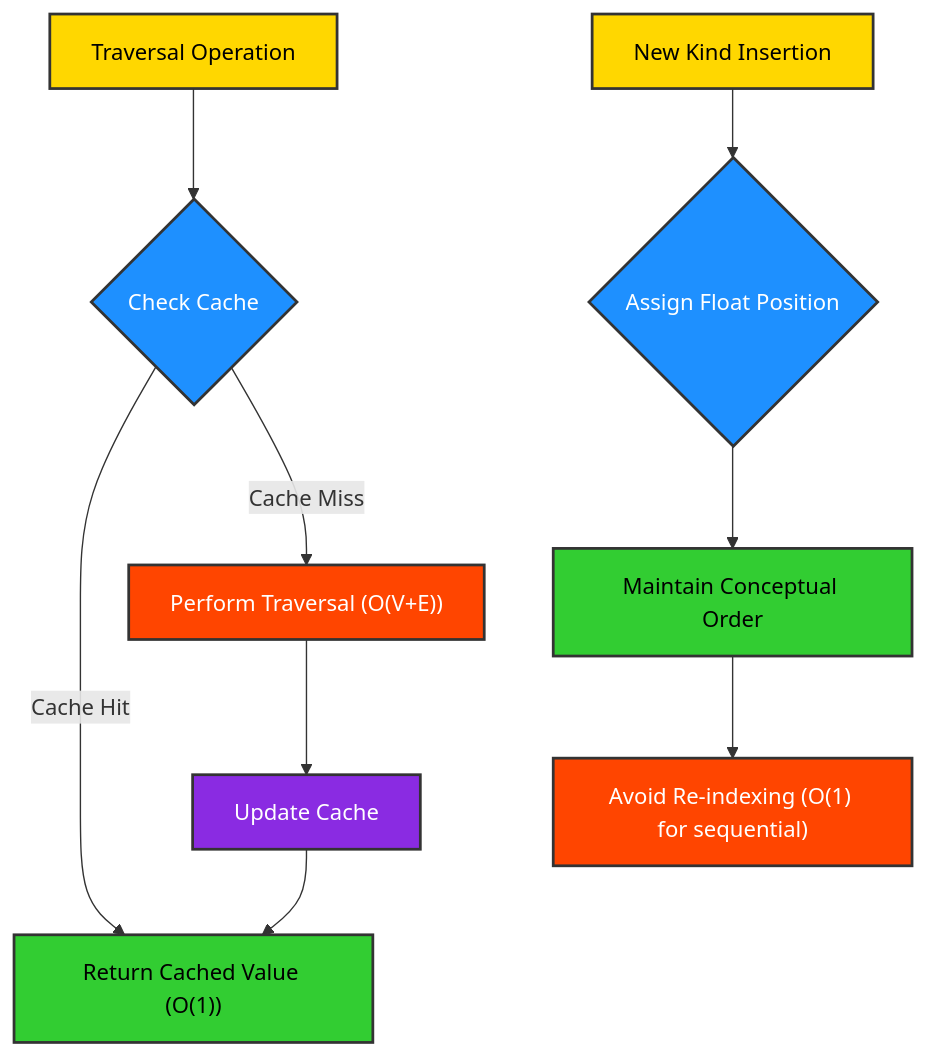
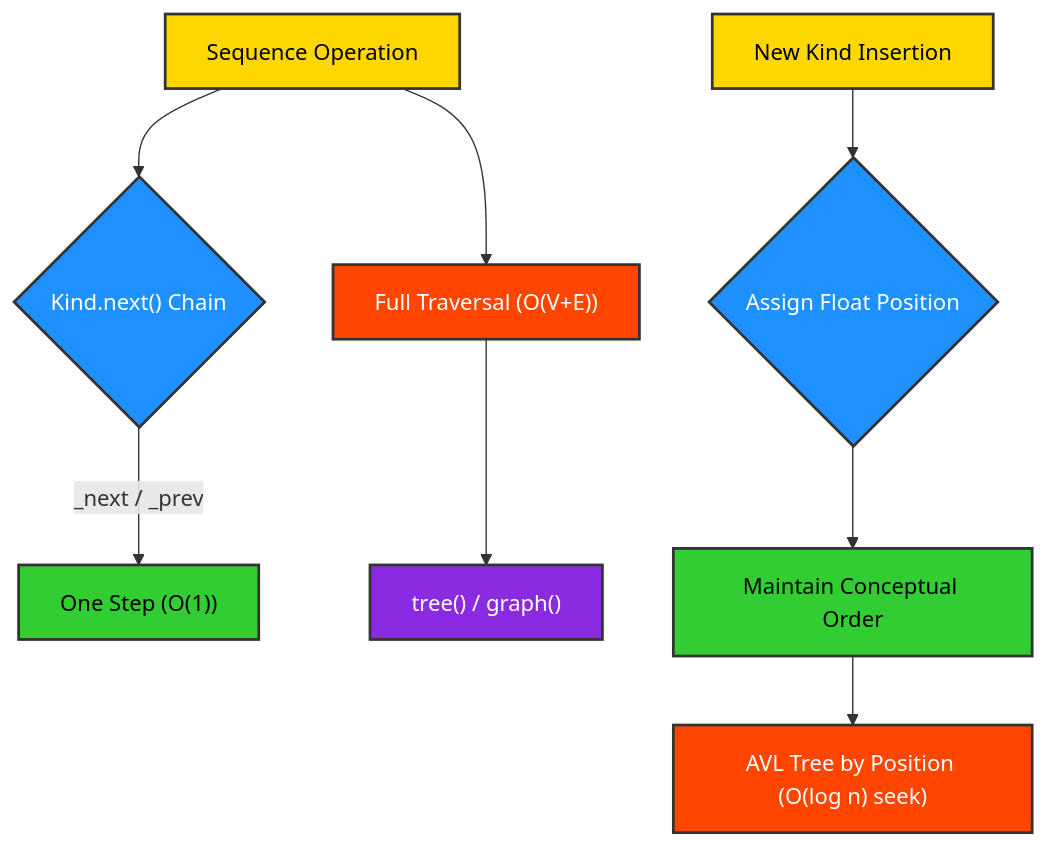
One commit to ikko/kind changed the third of 4 diagrams in docs/topics/9_performance/index.md. Above: the diagram before and after it, drawn with Mermaid. The commit also changed other lines of this file and 62 other files, not shown here.

````diff
--- a/docs/topics/9_performance/index.md
+++ b/docs/topics/9_performance/index.md
@@ -149,22 +151,21 @@
 ```mermaid
 graph TD
-    A[Traversal Operation] --> B{Check Cache};
-    B -- "Cache Hit" --> C[Return Cached Value #40;O#40;1#41;#41;];
-    B -- "Cache Miss" --> D[Perform Traversal #40;O#40;V+E#41;#41;];
-    D --> E[Update Cache];
-    E --> C;
+    A[Sequence Operation] --> B{Kind.next#40;#41; Chain};
+    B -- "_next / _prev" --> C[One Step #40;O#40;1#41;#41;];
+    A --> D[Full Traversal #40;O#40;V+E#41;#41;];
+    D --> E[tree#40;#41; / graph#40;#41;];
 
     X[New Kind Insertion] --> Y{Assign Float Position};
     Y --> Z[Maintain Conceptual Order];
-    Z --> AA[Avoid Re-indexing #40;O#40;1#41; for sequential#41;];
+    Z --> AA[AVL Tree by Position #40;O#40;log n#41; seek#41;];
     style A fill:#FFD700,stroke:#333,stroke-width:2px,color:#000000;
     style B fill:#1E90FF,stroke:#333,stroke-width:2px,color:#FFFFFF;
     style C fill:#32CD32,stroke:#333,stroke-width:2px,color:#000000;
     style D fill:#FF4500,stroke:#333,stroke-width:2px,color:#FFFFFF;
     style E fill:#8A2BE2,stroke:#333,stroke-width:2px,color:#FFFFFF;
 
     style X fill:#FFD700,stroke:#333,stroke-width:2px,color:#000000;
     style Y fill:#1E90FF,stroke:#333,stroke-width:2px,color:#FFFFFF;
     style Z fill:#32CD32,stroke:#333,stroke-width:2px,color:#000000;
     style AA fill:#FF4500,stroke:#333,stroke-width:2px,color:#FFFFFF;
 ```
````
